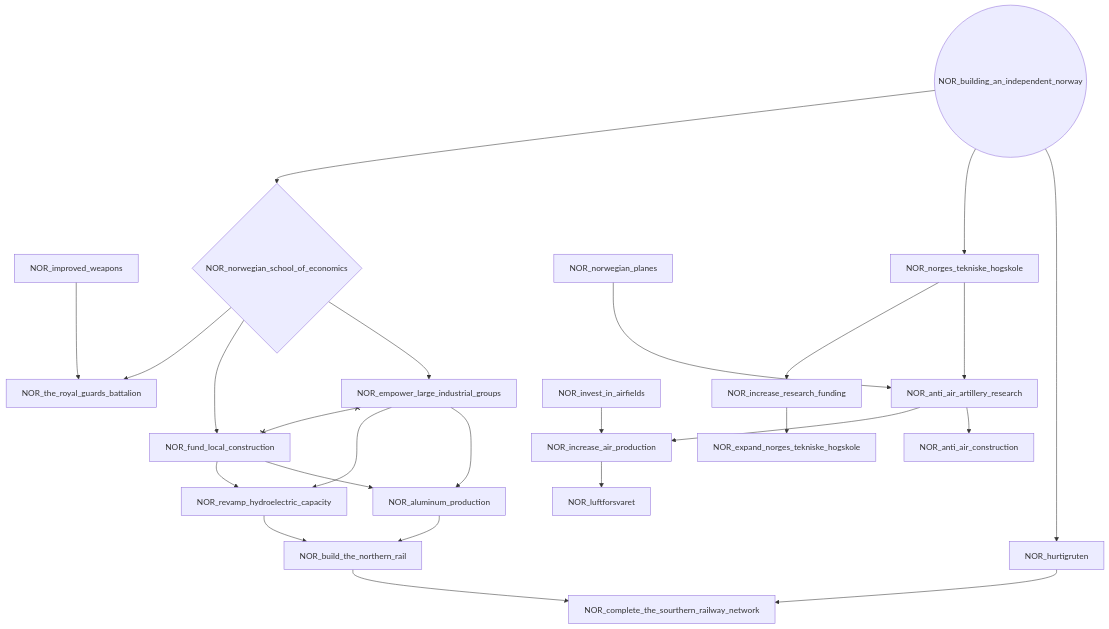
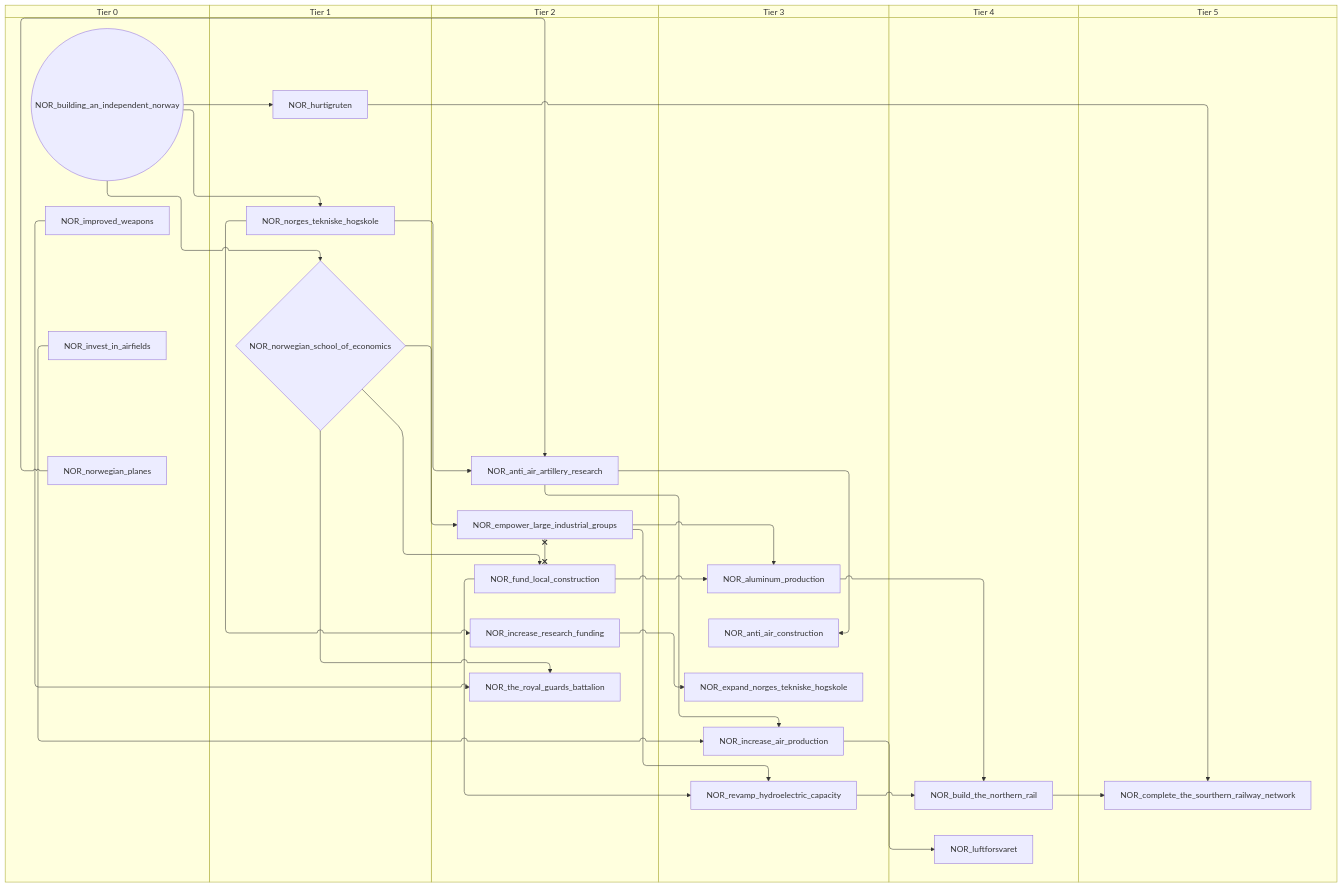
The second of 8 diagrams in docs/gdd/National Focuses/norway.md (evgeny-sobol/hoi4-sandbox-mode), drawn with Mermaid before and after one commit. The commit also changed other lines of this file and 80 other files, not shown here.

First line of the commit message:
Add swimlane mode to focus graph exporter

````diff
--- a/docs/gdd/National Focuses/norway.md
+++ b/docs/gdd/National Focuses/norway.md
@@ -103,47 +119,59 @@
 ```mermaid
-flowchart TD
-    n40["NOR_aluminum_production"]
-    n41["NOR_anti_air_artillery_research"]
-    n42["NOR_anti_air_construction"]
-    n43["NOR_build_the_northern_rail"]
-    n44(("NOR_building_an_independent_norway"))
-    n45["NOR_complete_the_sourthern_railway_network"]
-    n46["NOR_empower_large_industrial_groups"]
-    n47["NOR_expand_norges_tekniske_hogskole"]
-    n48["NOR_fund_local_construction"]
-    n49["NOR_hurtigruten"]
-    n50["NOR_improved_weapons"]
-    n51["NOR_increase_air_production"]
-    n52["NOR_increase_research_funding"]
-    n53["NOR_invest_in_airfields"]
-    n54["NOR_luftforsvaret"]
-    n55["NOR_norges_tekniske_hogskole"]
-    n56["NOR_norwegian_planes"]
-    n57{"NOR_norwegian_school_of_economics"}
-    n58["NOR_revamp_hydroelectric_capacity"]
-    n59["NOR_the_royal_guards_battalion"]
-    n46 --> n40
-    n48 --> n40
-    n56 --> n41
-    n55 --> n41
-    n41 --> n42
-    n40 --> n43
-    n58 --> n43
-    n49 --> n45
-    n43 --> n45
-    n57 --> n46
-    n52 --> n47
-    n57 --> n48
-    n44 --> n49
+swimlane-beta TD
+    subgraph tier_0["Tier 0"]
+        n40(("NOR_building_an_independent_norway"))
+        n41["NOR_improved_weapons"]
+        n42["NOR_invest_in_airfields"]
+        n43["NOR_norwegian_planes"]
+    end
+    subgraph tier_1["Tier 1"]
+        n44["NOR_hurtigruten"]
+        n45["NOR_norges_tekniske_hogskole"]
+        n46{"NOR_norwegian_school_of_economics"}
+    end
+    subgraph tier_2["Tier 2"]
+        n47["NOR_anti_air_artillery_research"]
+        n48["NOR_empower_large_industrial_groups"]
+        n49["NOR_fund_local_construction"]
+        n50["NOR_increase_research_funding"]
+        n51["NOR_the_royal_guards_battalion"]
+    end
+    subgraph tier_3["Tier 3"]
+        n52["NOR_aluminum_production"]
+        n53["NOR_anti_air_construction"]
+        n54["NOR_expand_norges_tekniske_hogskole"]
+        n55["NOR_increase_air_production"]
+        n56["NOR_revamp_hydroelectric_capacity"]
+    end
+    subgraph tier_4["Tier 4"]
+        n57["NOR_build_the_northern_rail"]
+        n58["NOR_luftforsvaret"]
+    end
+    subgraph tier_5["Tier 5"]
+        n59["NOR_complete_the_sourthern_railway_network"]
+    end
+    n48 --> n52
+    n49 --> n52
+    n43 --> n47
+    n45 --> n47
+    n47 --> n53
+    n52 --> n57
+    n56 --> n57
+    n44 --> n59
+    n57 --> n59
+    n46 --> n48
+    n50 --> n54
+    n46 --> n49
+    n40 --> n44
+    n47 --> n55
+    n42 --> n55
+    n45 --> n50
+    n55 --> n58
+    n40 --> n45
+    n40 --> n46
+    n48 --> n56
+    n49 --> n56
     n41 --> n51
-    n53 --> n51
-    n55 --> n52
-    n51 --> n54
-    n44 --> n55
-    n44 --> n57
-    n46 --> n58
-    n48 --> n58
-    n50 --> n59
-    n57 --> n59
-    n46 x--x n48
+    n46 --> n51
+    n48 x--x n49
 ```
````
